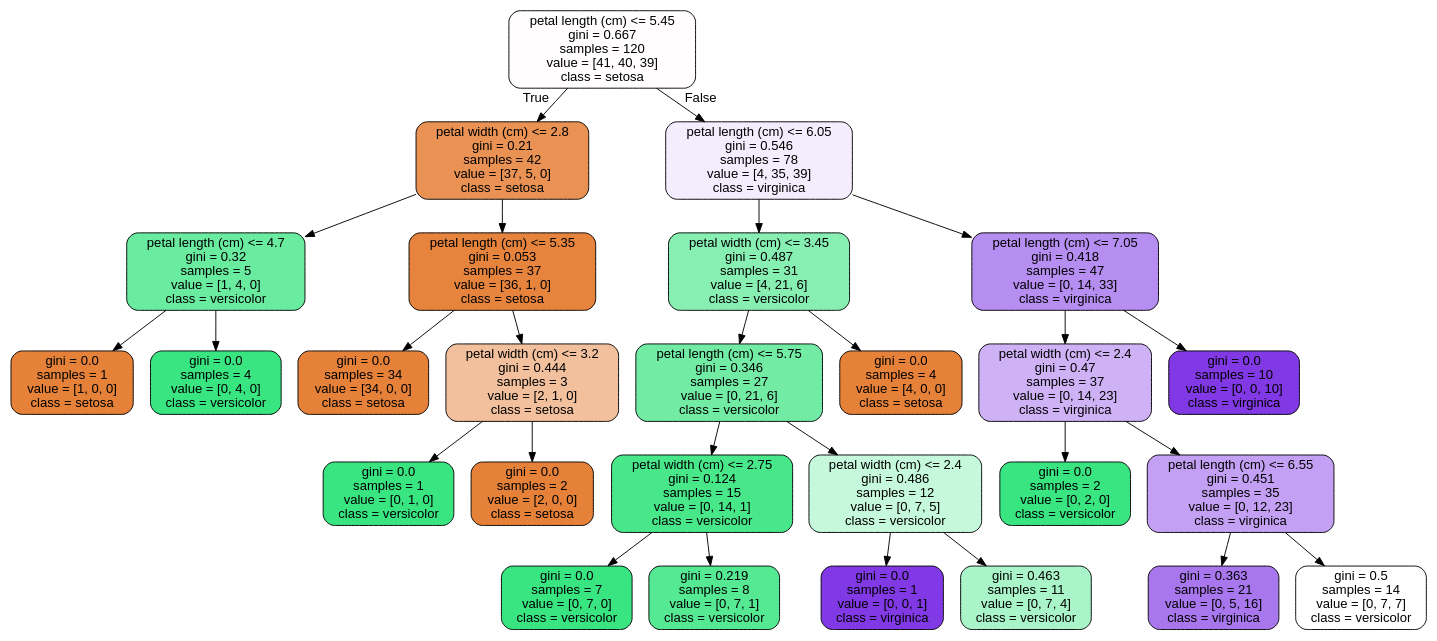
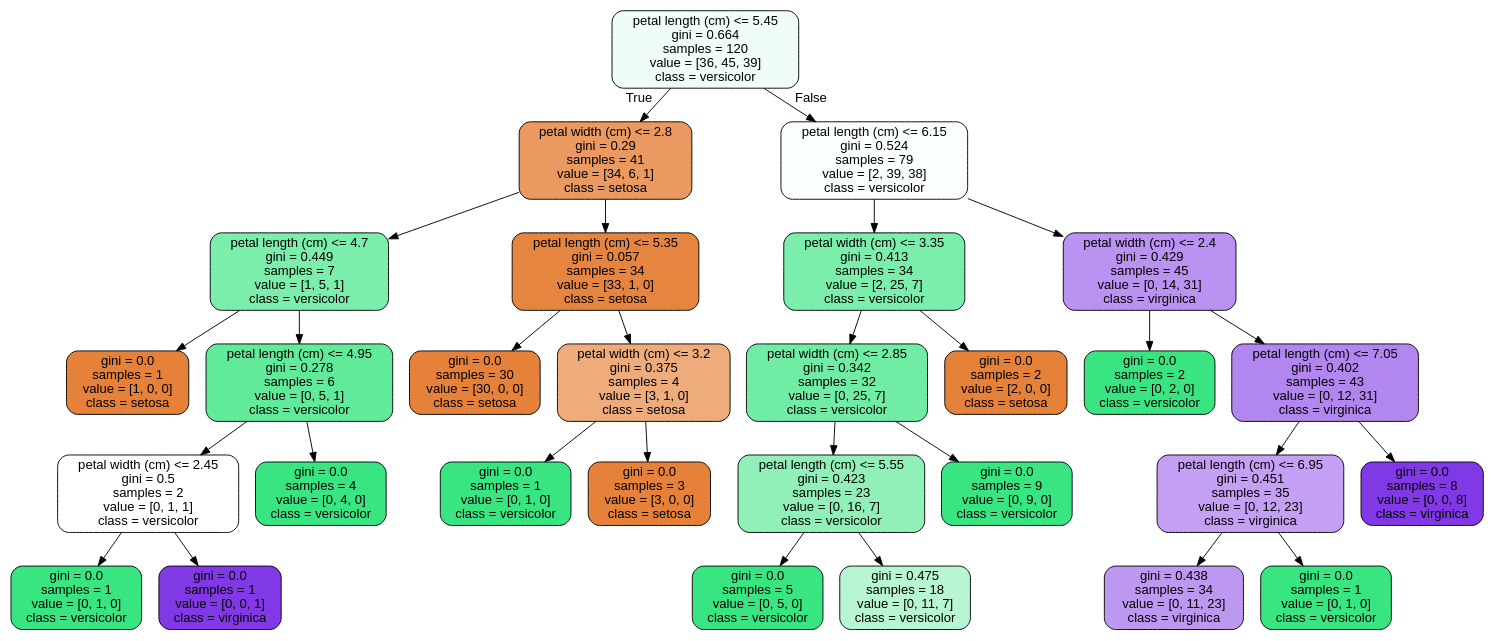
Before and after one commit to JoseDeJesusMendozaBecerril/Practica4_MineriaDeDatos: the diagram in images/decision_trees/iris_tree_train.dot, drawn with Graphviz. The commit also changed 17 other files, not shown here.

```diff
--- a/images/decision_trees/iris_tree_train.dot
+++ b/images/decision_trees/iris_tree_train.dot
@@ -1,57 +1,61 @@
 digraph Tree {
 node [shape=box, style="filled, rounded", color="black", fontname=helvetica] ;
 edge [fontname=helvetica] ;
-0 [label="petal length (cm) <= 5.45\ngini = 0.667\nsamples = 120\nvalue = [41, 40, 39]\nclass = setosa", fillcolor="#fffdfd"] ;
-1 [label="petal width (cm) <= 2.8\ngini = 0.21\nsamples = 42\nvalue = [37, 5, 0]\nclass = setosa", fillcolor="#e99254"] ;
+0 [label="petal length (cm) <= 5.45\ngini = 0.664\nsamples = 120\nvalue = [36, 45, 39]\nclass = versicolor", fillcolor="#f0fdf6"] ;
+1 [label="petal width (cm) <= 2.8\ngini = 0.29\nsamples = 41\nvalue = [34, 6, 1]\nclass = setosa", fillcolor="#ea9a61"] ;
 0 -> 1 [labeldistance=2.5, labelangle=45, headlabel="True"] ;
-2 [label="petal length (cm) <= 4.7\ngini = 0.32\nsamples = 5\nvalue = [1, 4, 0]\nclass = versicolor", fillcolor="#6aeca0"] ;
+2 [label="petal length (cm) <= 4.7\ngini = 0.449\nsamples = 7\nvalue = [1, 5, 1]\nclass = versicolor", fillcolor="#7beeab"] ;
 1 -> 2 ;
 3 [label="gini = 0.0\nsamples = 1\nvalue = [1, 0, 0]\nclass = setosa", fillcolor="#e58139"] ;
 2 -> 3 ;
-4 [label="gini = 0.0\nsamples = 4\nvalue = [0, 4, 0]\nclass = versicolor", fillcolor="#39e581"] ;
+4 [label="petal length (cm) <= 4.95\ngini = 0.278\nsamples = 6\nvalue = [0, 5, 1]\nclass = versicolor", fillcolor="#61ea9a"] ;
 2 -> 4 ;
-5 [label="petal length (cm) <= 5.35\ngini = 0.053\nsamples = 37\nvalue = [36, 1, 0]\nclass = setosa", fillcolor="#e6843e"] ;
-1 -> 5 ;
-6 [label="gini = 0.0\nsamples = 34\nvalue = [34, 0, 0]\nclass = setosa", fillcolor="#e58139"] ;
+5 [label="petal width (cm) <= 2.45\ngini = 0.5\nsamples = 2\nvalue = [0, 1, 1]\nclass = versicolor", fillcolor="#ffffff"] ;
+4 -> 5 ;
+6 [label="gini = 0.0\nsamples = 1\nvalue = [0, 1, 0]\nclass = versicolor", fillcolor="#39e581"] ;
 5 -> 6 ;
-7 [label="petal width (cm) <= 3.2\ngini = 0.444\nsamples = 3\nvalue = [2, 1, 0]\nclass = setosa", fillcolor="#f2c09c"] ;
+7 [label="gini = 0.0\nsamples = 1\nvalue = [0, 0, 1]\nclass = virginica", fillcolor="#8139e5"] ;
 5 -> 7 ;
-8 [label="gini = 0.0\nsamples = 1\nvalue = [0, 1, 0]\nclass = versicolor", fillcolor="#39e581"] ;
-7 -> 8 ;
-9 [label="gini = 0.0\nsamples = 2\nvalue = [2, 0, 0]\nclass = setosa", fillcolor="#e58139"] ;
-7 -> 9 ;
-10 [label="petal length (cm) <= 6.05\ngini = 0.546\nsamples = 78\nvalue = [4, 35, 39]\nclass = virginica", fillcolor="#f3edfd"] ;
-0 -> 10 [labeldistance=2.5, labelangle=-45, headlabel="False"] ;
-11 [label="petal width (cm) <= 3.45\ngini = 0.487\nsamples = 31\nvalue = [4, 21, 6]\nclass = versicolor", fillcolor="#88efb3"] ;
-10 -> 11 ;
-12 [label="petal length (cm) <= 5.75\ngini = 0.346\nsamples = 27\nvalue = [0, 21, 6]\nclass = versicolor", fillcolor="#72eca5"] ;
+8 [label="gini = 0.0\nsamples = 4\nvalue = [0, 4, 0]\nclass = versicolor", fillcolor="#39e581"] ;
+4 -> 8 ;
+9 [label="petal length (cm) <= 5.35\ngini = 0.057\nsamples = 34\nvalue = [33, 1, 0]\nclass = setosa", fillcolor="#e6853f"] ;
+1 -> 9 ;
+10 [label="gini = 0.0\nsamples = 30\nvalue = [30, 0, 0]\nclass = setosa", fillcolor="#e58139"] ;
+9 -> 10 ;
+11 [label="petal width (cm) <= 3.2\ngini = 0.375\nsamples = 4\nvalue = [3, 1, 0]\nclass = setosa", fillcolor="#eeab7b"] ;
+9 -> 11 ;
+12 [label="gini = 0.0\nsamples = 1\nvalue = [0, 1, 0]\nclass = versicolor", fillcolor="#39e581"] ;
 11 -> 12 ;
-13 [label="petal width (cm) <= 2.75\ngini = 0.124\nsamples = 15\nvalue = [0, 14, 1]\nclass = versicolor", fillcolor="#47e78a"] ;
-12 -> 13 ;
-14 [label="gini = 0.0\nsamples = 7\nvalue = [0, 7, 0]\nclass = versicolor", fillcolor="#39e581"] ;
-13 -> 14 ;
-15 [label="gini = 0.219\nsamples = 8\nvalue = [0, 7, 1]\nclass = versicolor", fillcolor="#55e993"] ;
-13 -> 15 ;
-16 [label="petal width (cm) <= 2.4\ngini = 0.486\nsamples = 12\nvalue = [0, 7, 5]\nclass = versicolor", fillcolor="#c6f8db"] ;
-12 -> 16 ;
-17 [label="gini = 0.0\nsamples = 1\nvalue = [0, 0, 1]\nclass = virginica", fillcolor="#8139e5"] ;
+13 [label="gini = 0.0\nsamples = 3\nvalue = [3, 0, 0]\nclass = setosa", fillcolor="#e58139"] ;
+11 -> 13 ;
+14 [label="petal length (cm) <= 6.15\ngini = 0.524\nsamples = 79\nvalue = [2, 39, 38]\nclass = versicolor", fillcolor="#fafefc"] ;
+0 -> 14 [labeldistance=2.5, labelangle=-45, headlabel="False"] ;
+15 [label="petal width (cm) <= 3.35\ngini = 0.413\nsamples = 34\nvalue = [2, 25, 7]\nclass = versicolor", fillcolor="#7beeab"] ;
+14 -> 15 ;
+16 [label="petal width (cm) <= 2.85\ngini = 0.342\nsamples = 32\nvalue = [0, 25, 7]\nclass = versicolor", fillcolor="#70eca4"] ;
+15 -> 16 ;
+17 [label="petal length (cm) <= 5.55\ngini = 0.423\nsamples = 23\nvalue = [0, 16, 7]\nclass = versicolor", fillcolor="#90f0b8"] ;
 16 -> 17 ;
-18 [label="gini = 0.463\nsamples = 11\nvalue = [0, 7, 4]\nclass = versicolor", fillcolor="#aaf4c9"] ;
-16 -> 18 ;
-19 [label="gini = 0.0\nsamples = 4\nvalue = [4, 0, 0]\nclass = setosa", fillcolor="#e58139"] ;
-11 -> 19 ;
-20 [label="petal length (cm) <= 7.05\ngini = 0.418\nsamples = 47\nvalue = [0, 14, 33]\nclass = virginica", fillcolor="#b68df0"] ;
-10 -> 20 ;
-21 [label="petal width (cm) <= 2.4\ngini = 0.47\nsamples = 37\nvalue = [0, 14, 23]\nclass = virginica", fillcolor="#ceb2f5"] ;
-20 -> 21 ;
-22 [label="gini = 0.0\nsamples = 2\nvalue = [0, 2, 0]\nclass = versicolor", fillcolor="#39e581"] ;
-21 -> 22 ;
-23 [label="petal length (cm) <= 6.55\ngini = 0.451\nsamples = 35\nvalue = [0, 12, 23]\nclass = virginica", fillcolor="#c3a0f3"] ;
-21 -> 23 ;
-24 [label="gini = 0.363\nsamples = 21\nvalue = [0, 5, 16]\nclass = virginica", fillcolor="#a877ed"] ;
-23 -> 24 ;
-25 [label="gini = 0.5\nsamples = 14\nvalue = [0, 7, 7]\nclass = versicolor", fillcolor="#ffffff"] ;
-23 -> 25 ;
-26 [label="gini = 0.0\nsamples = 10\nvalue = [0, 0, 10]\nclass = virginica", fillcolor="#8139e5"] ;
-20 -> 26 ;
+18 [label="gini = 0.0\nsamples = 5\nvalue = [0, 5, 0]\nclass = versicolor", fillcolor="#39e581"] ;
+17 -> 18 ;
+19 [label="gini = 0.475\nsamples = 18\nvalue = [0, 11, 7]\nclass = versicolor", fillcolor="#b7f6d1"] ;
+17 -> 19 ;
+20 [label="gini = 0.0\nsamples = 9\nvalue = [0, 9, 0]\nclass = versicolor", fillcolor="#39e581"] ;
+16 -> 20 ;
+21 [label="gini = 0.0\nsamples = 2\nvalue = [2, 0, 0]\nclass = setosa", fillcolor="#e58139"] ;
+15 -> 21 ;
+22 [label="petal width (cm) <= 2.4\ngini = 0.429\nsamples = 45\nvalue = [0, 14, 31]\nclass = virginica", fillcolor="#ba92f1"] ;
+14 -> 22 ;
+23 [label="gini = 0.0\nsamples = 2\nvalue = [0, 2, 0]\nclass = versicolor", fillcolor="#39e581"] ;
+22 -> 23 ;
+24 [label="petal length (cm) <= 7.05\ngini = 0.402\nsamples = 43\nvalue = [0, 12, 31]\nclass = virginica", fillcolor="#b286ef"] ;
+22 -> 24 ;
+25 [label="petal length (cm) <= 6.95\ngini = 0.451\nsamples = 35\nvalue = [0, 12, 23]\nclass = virginica", fillcolor="#c3a0f3"] ;
+24 -> 25 ;
+26 [label="gini = 0.438\nsamples = 34\nvalue = [0, 11, 23]\nclass = virginica", fillcolor="#bd98f1"] ;
+25 -> 26 ;
+27 [label="gini = 0.0\nsamples = 1\nvalue = [0, 1, 0]\nclass = versicolor", fillcolor="#39e581"] ;
+25 -> 27 ;
+28 [label="gini = 0.0\nsamples = 8\nvalue = [0, 0, 8]\nclass = virginica", fillcolor="#8139e5"] ;
+24 -> 28 ;
 }
```
